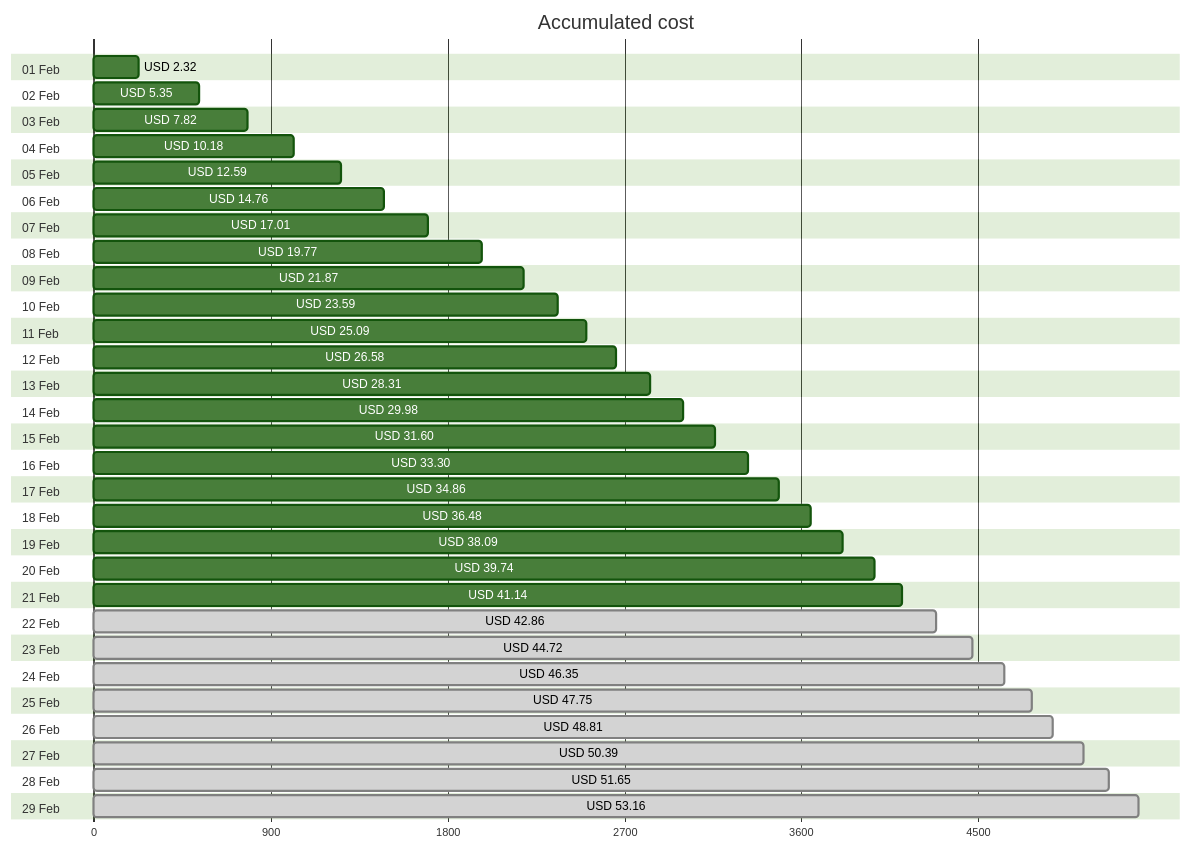
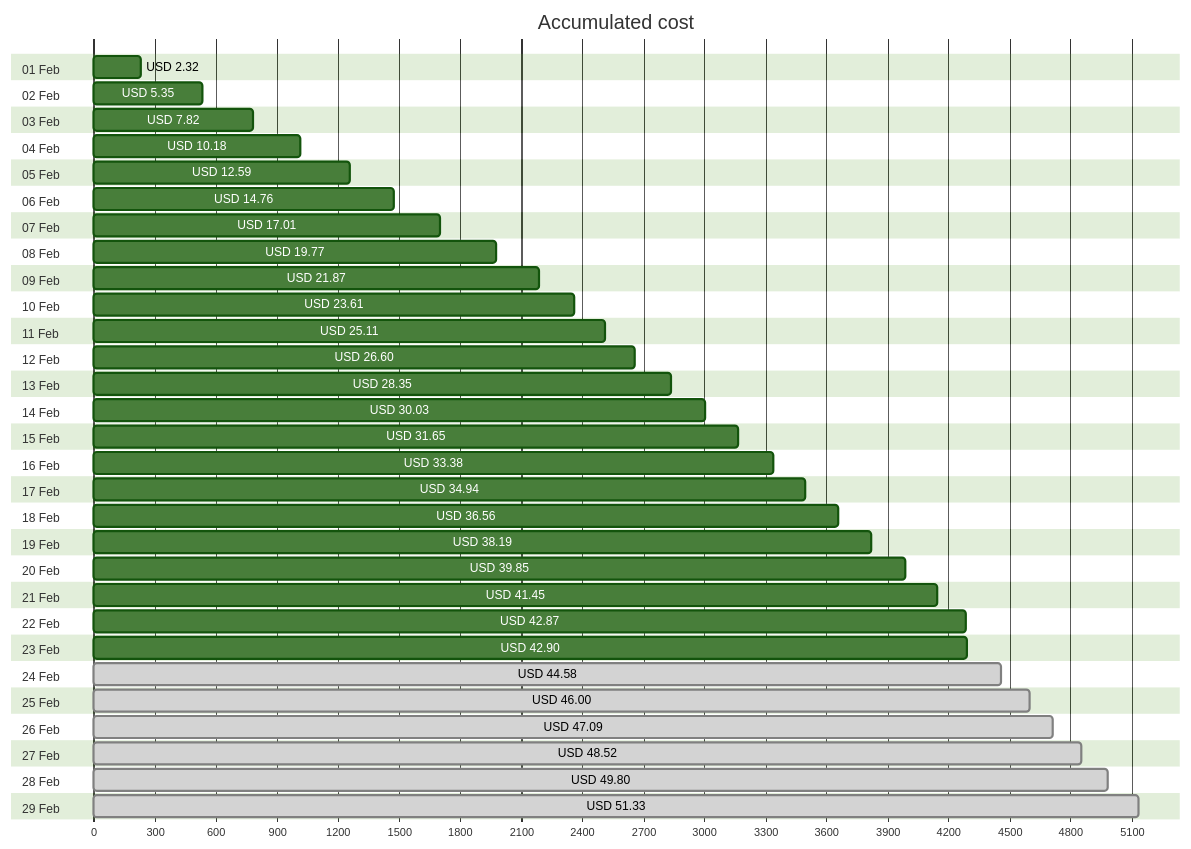
One commit to jpfulton/azure-personal-reports changed the first of 4 diagrams in cost-reports/personal-network/README.md. Above: the diagram before and after it, drawn with Mermaid (forest theme). The commit also changed other lines of this file and 8 other files, not shown here.

````diff
--- a/cost-reports/personal-network/README.md
+++ b/cost-reports/personal-network/README.md
@@ -20,64 +20,64 @@
 ```mermaid
 gantt
    title Accumulated cost
    dateFormat  X
    axisFormat %s
    section 01 Feb
    USD 2.32 :0, 232
    section 02 Feb
    USD 5.35 :0, 535
    section 03 Feb
    USD 7.82 :0, 782
    section 04 Feb
    USD 10.18 :0, 1018
    section 05 Feb
    USD 12.59 :0, 1259
    section 06 Feb
    USD 14.76 :0, 1476
    section 07 Feb
    USD 17.01 :0, 1701
    section 08 Feb
    USD 19.77 :0, 1977
    section 09 Feb
    USD 21.87 :0, 2187
    section 10 Feb
-   USD 23.59 :0, 2359
+   USD 23.61 :0, 2361
    section 11 Feb
-   USD 25.09 :0, 2509
+   USD 25.11 :0, 2511
    section 12 Feb
-   USD 26.58 :0, 2658
+   USD 26.60 :0, 2660
    section 13 Feb
-   USD 28.31 :0, 2831
+   USD 28.35 :0, 2835
    section 14 Feb
-   USD 29.98 :0, 2998
+   USD 30.03 :0, 3003
    section 15 Feb
-   USD 31.60 :0, 3160
+   USD 31.65 :0, 3165
    section 16 Feb
-   USD 33.30 :0, 3330
+   USD 33.38 :0, 3338
    section 17 Feb
-   USD 34.86 :0, 3486
+   USD 34.94 :0, 3494
    section 18 Feb
-   USD 36.48 :0, 3648
+   USD 36.56 :0, 3656
    section 19 Feb
-   USD 38.09 :0, 3809
+   USD 38.19 :0, 3819
    section 20 Feb
-   USD 39.74 :0, 3974
+   USD 39.85 :0, 3985
    section 21 Feb
-   USD 41.14 :0, 4114
+   USD 41.45 :0, 4145
    section 22 Feb
-   USD 42.86 : done, 0, 4286
+   USD 42.87 :0, 4287
    section 23 Feb
-   USD 44.72 : done, 0, 4472
+   USD 42.90 :0, 4290
    section 24 Feb
-   USD 46.35 : done, 0, 4635
+   USD 44.58 : done, 0, 4458
    section 25 Feb
-   USD 47.75 : done, 0, 4775
+   USD 46.00 : done, 0, 4600
    section 26 Feb
-   USD 48.81 : done, 0, 4881
+   USD 47.09 : done, 0, 4709
    section 27 Feb
-   USD 50.39 : done, 0, 5039
+   USD 48.52 : done, 0, 4852
    section 28 Feb
-   USD 51.65 : done, 0, 5165
+   USD 49.80 : done, 0, 4980
    section 29 Feb
-   USD 53.16 : done, 0, 5316
+   USD 51.33 : done, 0, 5133
 ```
````
